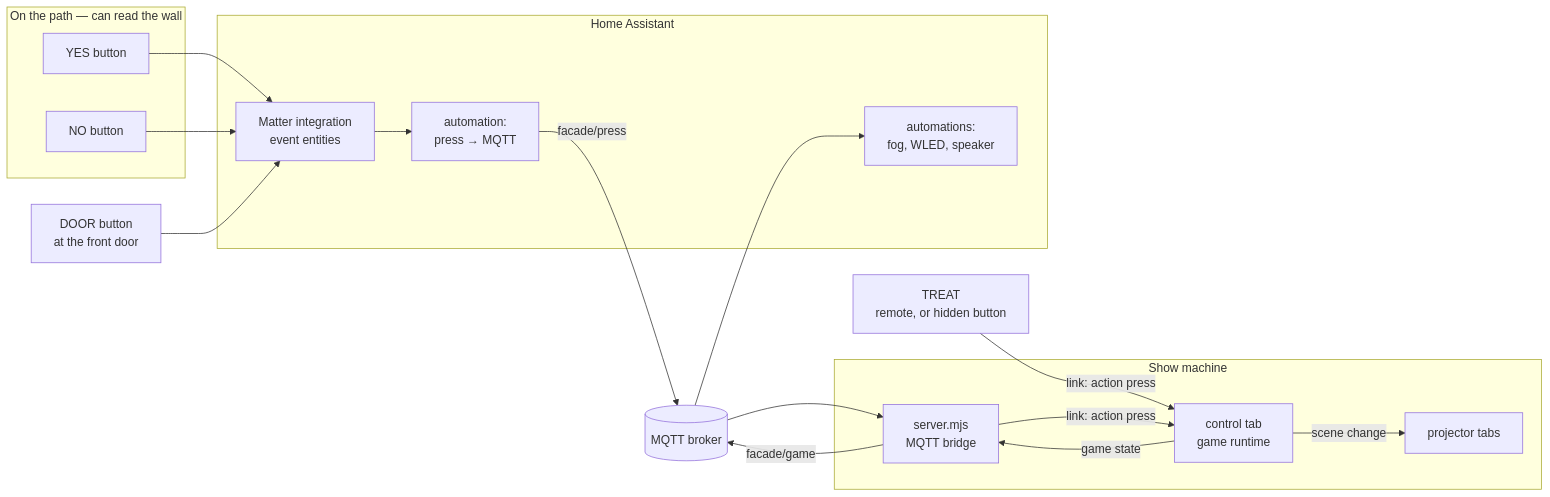
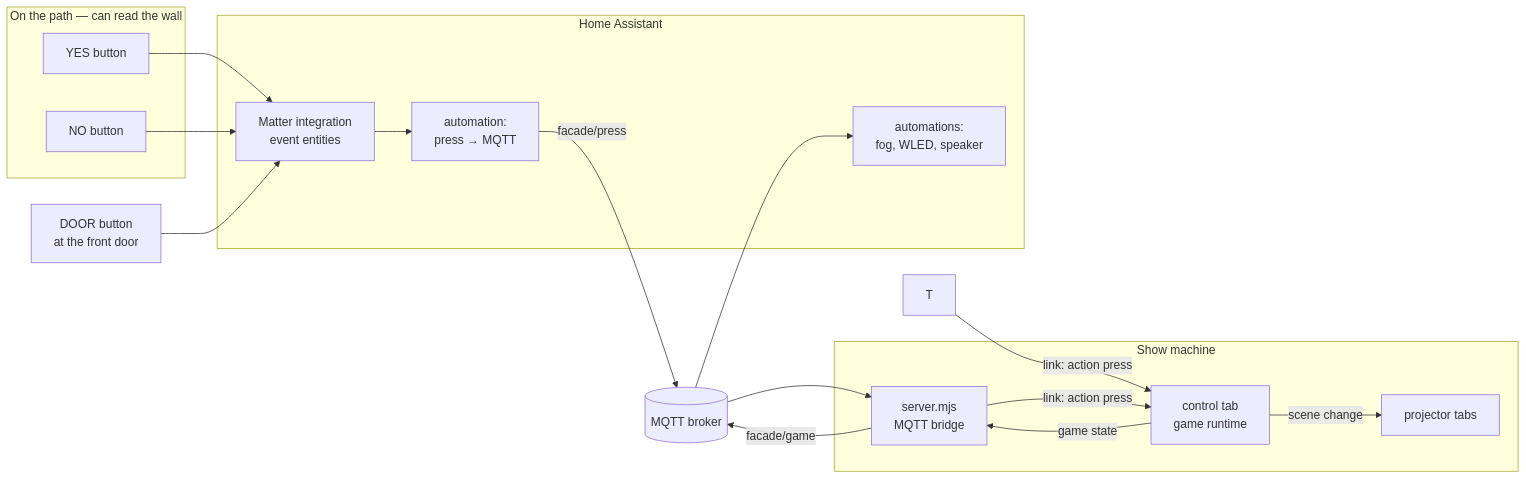
Before and after one commit to paperclipmonkey/facade-mapper: the first of 4 diagrams in docs/button-game.md, drawn with Mermaid. The commit also changed other lines of this file and 18 other files, not shown here.

First line of the commit message:
Dare game: scared yet?, no TREAT button, calmer tentacles, blood that restarts

````diff
--- a/docs/button-game.md
+++ b/docs/button-game.md
@@ -112,25 +116,24 @@
 ```mermaid
 flowchart LR
   subgraph path[On the path — can read the wall]
     Y[YES button]
     N[NO button]
   end
   D[DOOR button<br/>at the front door]
-  T[TREAT<br/>remote, or hidden button]
   subgraph ha[Home Assistant]
     M[Matter integration<br/>event entities]
     A[automation:<br/>press → MQTT]
     H[automations:<br/>fog, WLED, speaker]
   end
   B[(MQTT broker)]
   subgraph show[Show machine]
     S[server.mjs<br/>MQTT bridge]
     C[control tab<br/>game runtime]
     P[projector tabs]
   end
 
   Y & N & D --> M --> A -->|facade/press| B --> S -->|link: action press| C
   T -->|link: action press| C
   C -->|scene change| P
   C -->|game state| S -->|facade/game| B --> H
 ```
````
